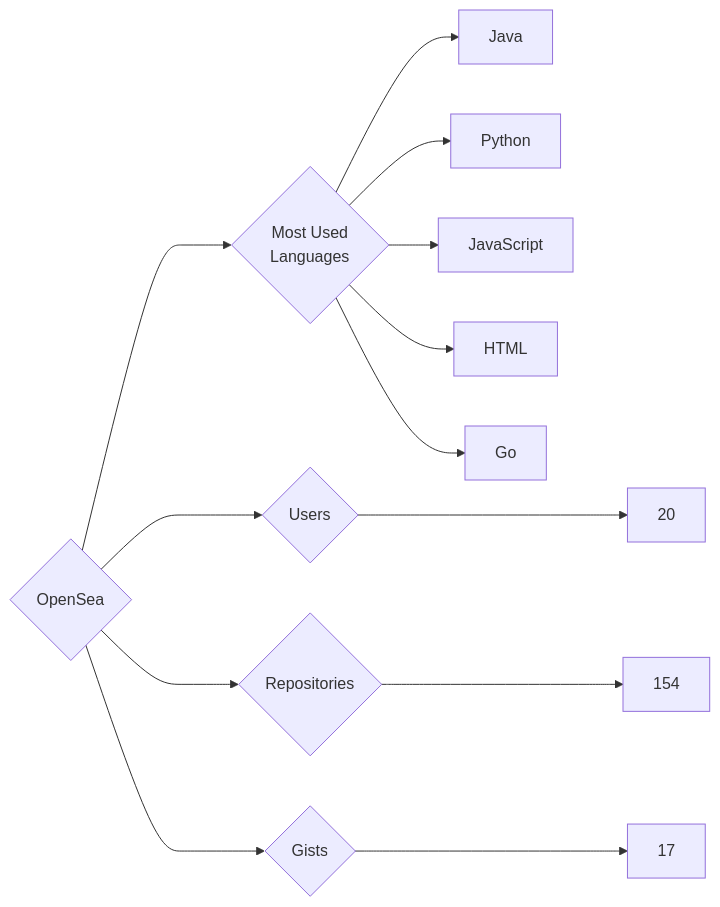
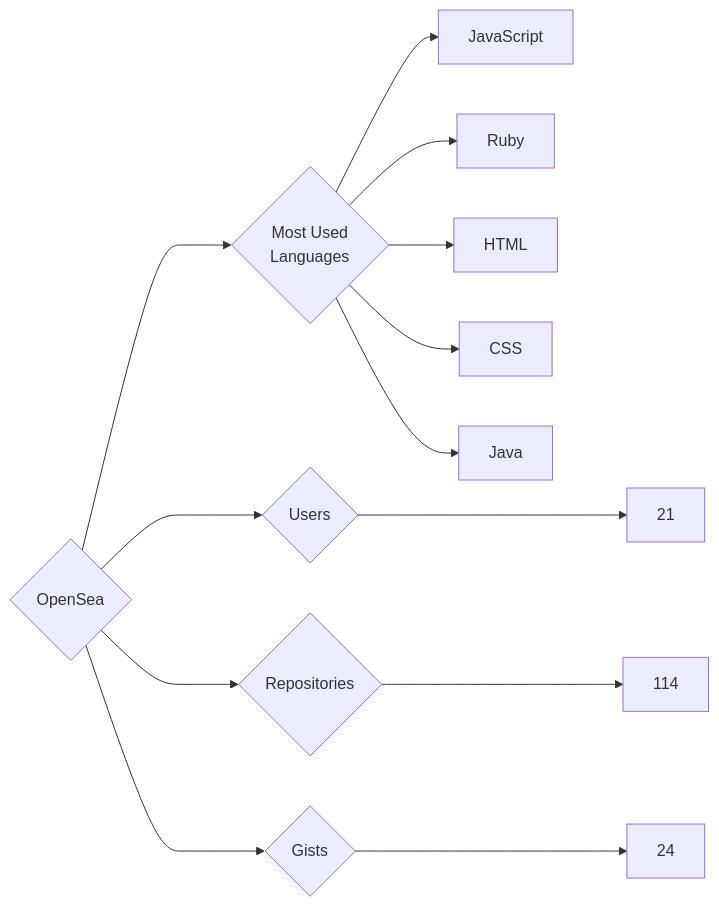
One commit to trickest/insiders changed the diagram in targets/OpenSea/README.md. Above: the diagram before and after it, drawn with Mermaid. The commit also changed 806 other files, not shown here.

````diff
--- a/targets/OpenSea/README.md
+++ b/targets/OpenSea/README.md
@@ -3,13 +3,13 @@
 ```mermaid
 graph LR
 COMPANY_NAME{OpenSea}
-COMPANY_NAME ---> U{Users} ---> UN[20]
-COMPANY_NAME ---> R{Repositories} ---> RN[154]
-COMPANY_NAME ---> G{Gists} ---> GN[17]
+COMPANY_NAME ---> U{Users} ---> UN[21]
+COMPANY_NAME ---> R{Repositories} ---> RN[114]
+COMPANY_NAME ---> G{Gists} ---> GN[24]
 COMPANY_NAME ---> ML{Most Used<br>Languages}
+ML --> JavaScript[JavaScript]
+ML --> Ruby[Ruby]
+ML --> HTML[HTML]
+ML --> CSS[CSS]
 ML --> Java[Java]
-ML --> Python[Python]
-ML --> JavaScript[JavaScript]
-ML --> HTML[HTML]
-ML --> Go[Go]
 ```
````
